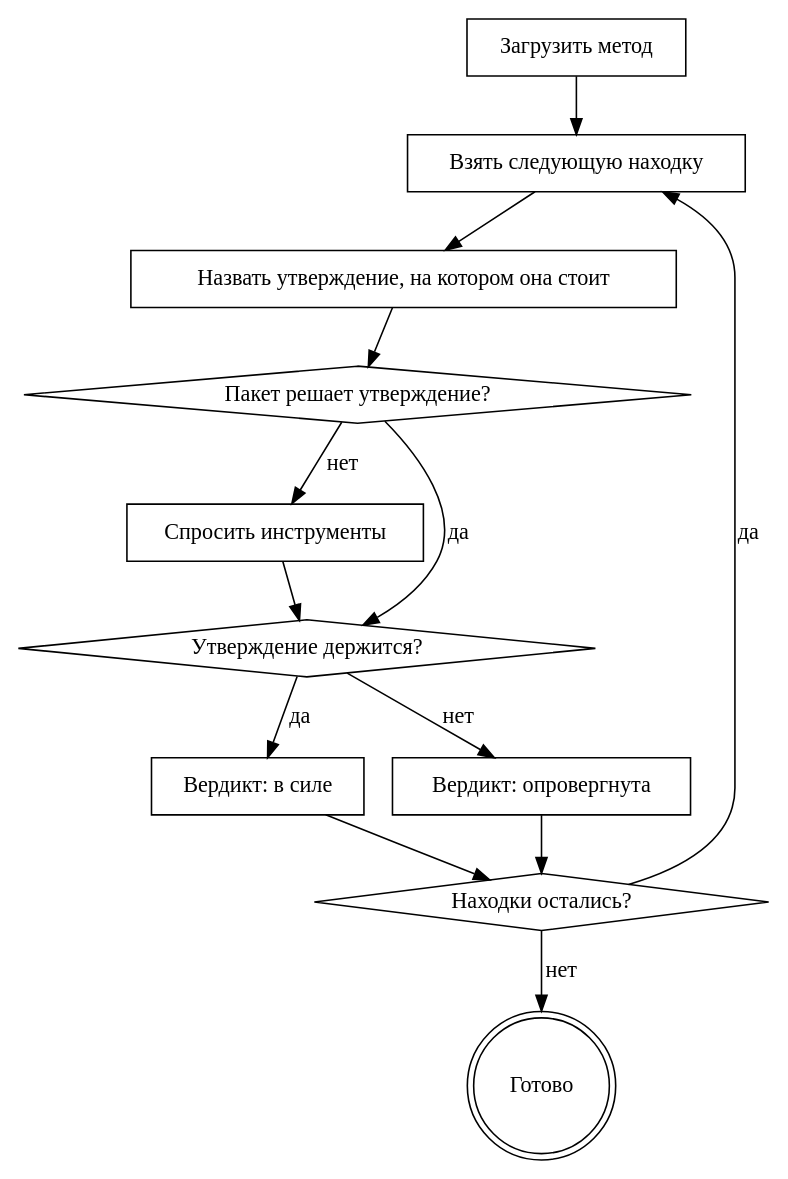
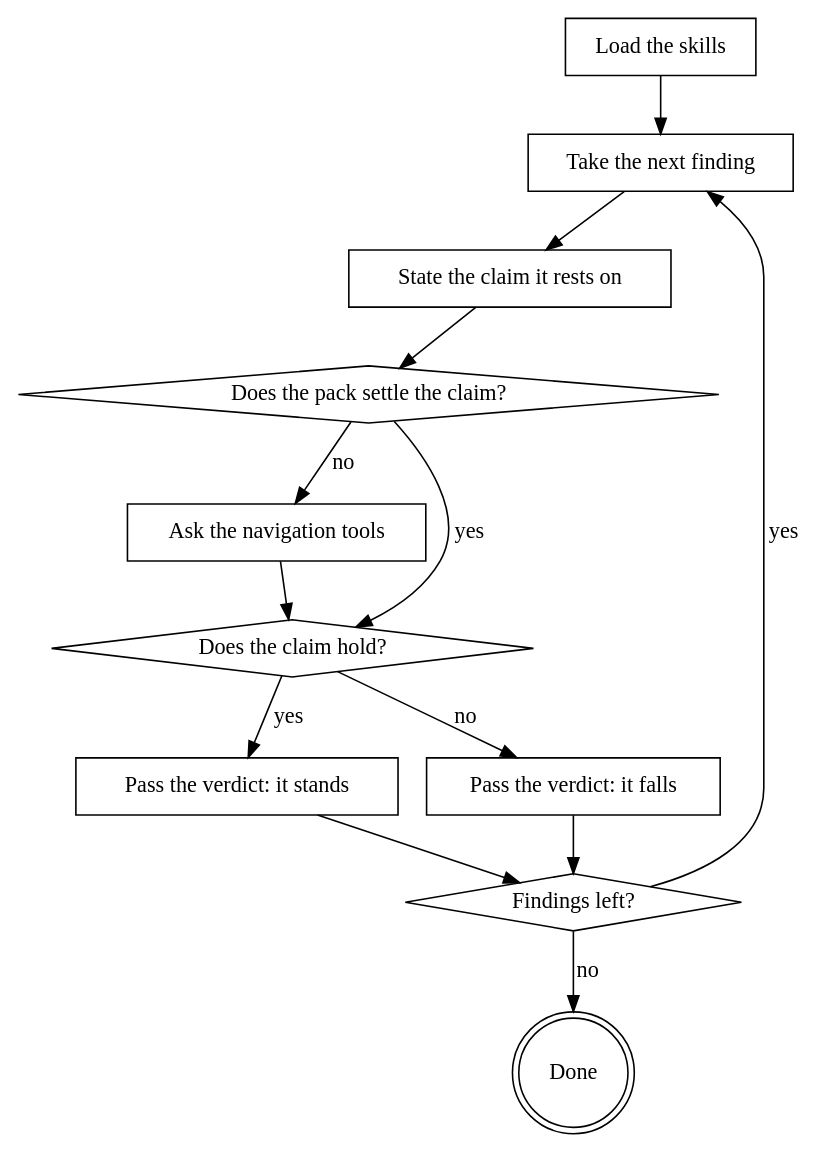
Before and after one commit to hakastein/llamer: the diagram in src/stages/templates/skeptic.md, drawn with Graphviz. The commit also changed other lines of this file and 44 other files, not shown here.

````diff
--- a/src/stages/templates/skeptic.md
+++ b/src/stages/templates/skeptic.md
@@ -45,26 +44,26 @@
 ```dot
 digraph skeptic {
-    "Загрузить метод" [shape=box];
-    "Взять следующую находку" [shape=box];
-    "Назвать утверждение, на котором она стоит" [shape=box];
-    "Пакет решает утверждение?" [shape=diamond];
-    "Спросить инструменты" [shape=box];
-    "Утверждение держится?" [shape=diamond];
-    "Вердикт: в силе" [shape=box];
-    "Вердикт: опровергнута" [shape=box];
-    "Находки остались?" [shape=diamond];
-    "Готово" [shape=doublecircle];
-    "Загрузить метод" -> "Взять следующую находку";
-    "Взять следующую находку" -> "Назвать утверждение, на котором она стоит";
-    "Назвать утверждение, на котором она стоит" -> "Пакет решает утверждение?";
-    "Пакет решает утверждение?" -> "Спросить инструменты" [label="нет"];
-    "Пакет решает утверждение?" -> "Утверждение держится?" [label="да"];
-    "Спросить инструменты" -> "Утверждение держится?";
-    "Утверждение держится?" -> "Вердикт: в силе" [label="да"];
-    "Утверждение держится?" -> "Вердикт: опровергнута" [label="нет"];
-    "Вердикт: в силе" -> "Находки остались?";
-    "Вердикт: опровергнута" -> "Находки остались?";
-    "Находки остались?" -> "Взять следующую находку" [label="да"];
-    "Находки остались?" -> "Готово" [label="нет"];
+    "Load the skills" [shape=box];
+    "Take the next finding" [shape=box];
+    "State the claim it rests on" [shape=box];
+    "Does the pack settle the claim?" [shape=diamond];
+    "Ask the navigation tools" [shape=box];
+    "Does the claim hold?" [shape=diamond];
+    "Pass the verdict: it stands" [shape=box];
+    "Pass the verdict: it falls" [shape=box];
+    "Findings left?" [shape=diamond];
+    "Done" [shape=doublecircle];
+    "Load the skills" -> "Take the next finding";
+    "Take the next finding" -> "State the claim it rests on";
+    "State the claim it rests on" -> "Does the pack settle the claim?";
+    "Does the pack settle the claim?" -> "Ask the navigation tools" [label="no"];
+    "Does the pack settle the claim?" -> "Does the claim hold?" [label="yes"];
+    "Ask the navigation tools" -> "Does the claim hold?";
+    "Does the claim hold?" -> "Pass the verdict: it stands" [label="yes"];
+    "Does the claim hold?" -> "Pass the verdict: it falls" [label="no"];
+    "Pass the verdict: it stands" -> "Findings left?";
+    "Pass the verdict: it falls" -> "Findings left?";
+    "Findings left?" -> "Take the next finding" [label="yes"];
+    "Findings left?" -> "Done" [label="no"];
 }
 ```
````
